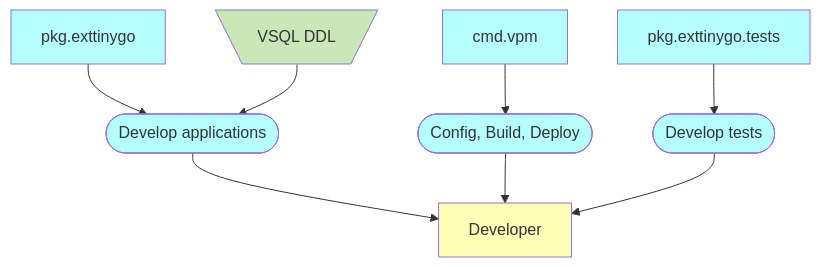
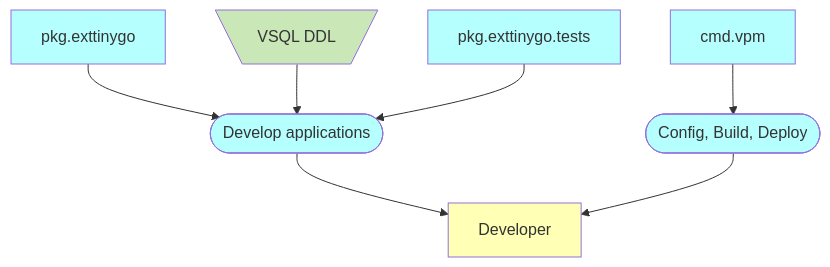
Before and after one commit to voedger/voedger-internals: the diagram in framework/README.md, drawn with Mermaid.

````diff
--- a/framework/README.md
+++ b/framework/README.md
@@ -5,35 +5,32 @@
 ```mermaid
     graph TD
 
     %% Entities ====================
 
     Developer[Developer]:::B
-    DevelopTests([Develop tests]):::S
     DevelopApps([Develop applications]):::S
 
     vsqlddl[\VSQL DDL/]:::H  
     pkg.exttinygo:::S
     pkg.exttinygo.tests:::S
     cmd.vpm:::S
 
     CBD([Config, Build, Deploy]):::S
 
 
     %% Relations ====================
 
     pkg.exttinygo --> DevelopApps
-    vsqlddl --> DevelopApps
-    
-    pkg.exttinygo.tests --> DevelopTests
+    vsqlddl --> DevelopApps    
+    pkg.exttinygo.tests --> DevelopApps
 
     cmd.vpm --> CBD
 
     DevelopApps --> Developer
     CBD --> Developer
-    DevelopTests --> Developer
 
     classDef B fill:#FFFFB5,color:#333
     classDef S fill:#B5FFFF,color:#333
     classDef H fill:#C9E7B7,color:#333
     classDef G fill:#ffffff15, stroke:#999, stroke-width:2px, stroke-dasharray: 5 5
 ```
````
